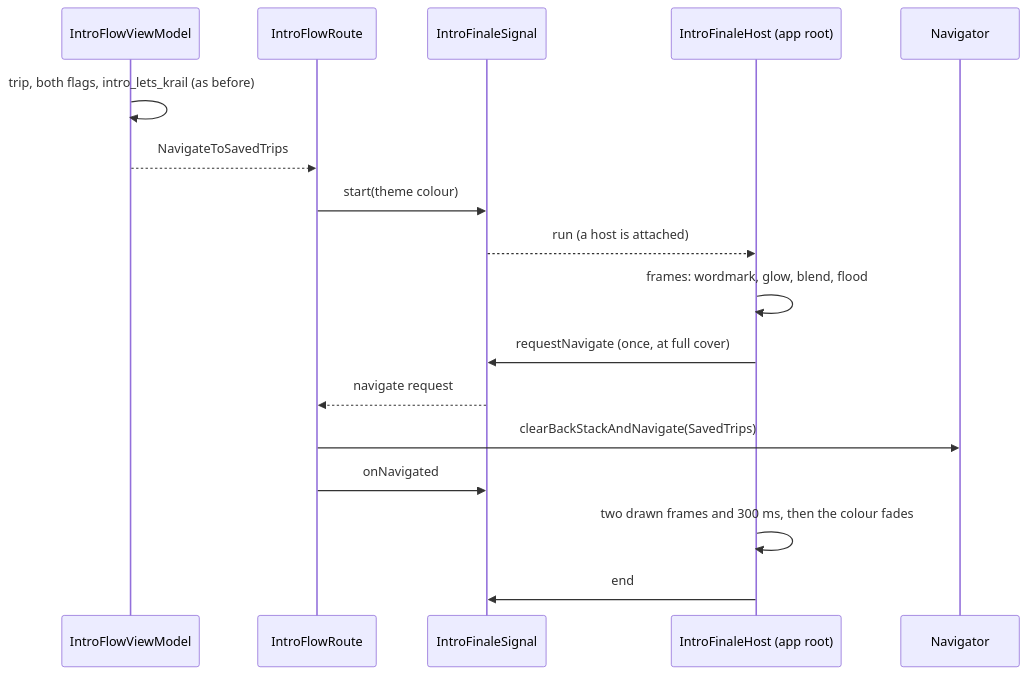
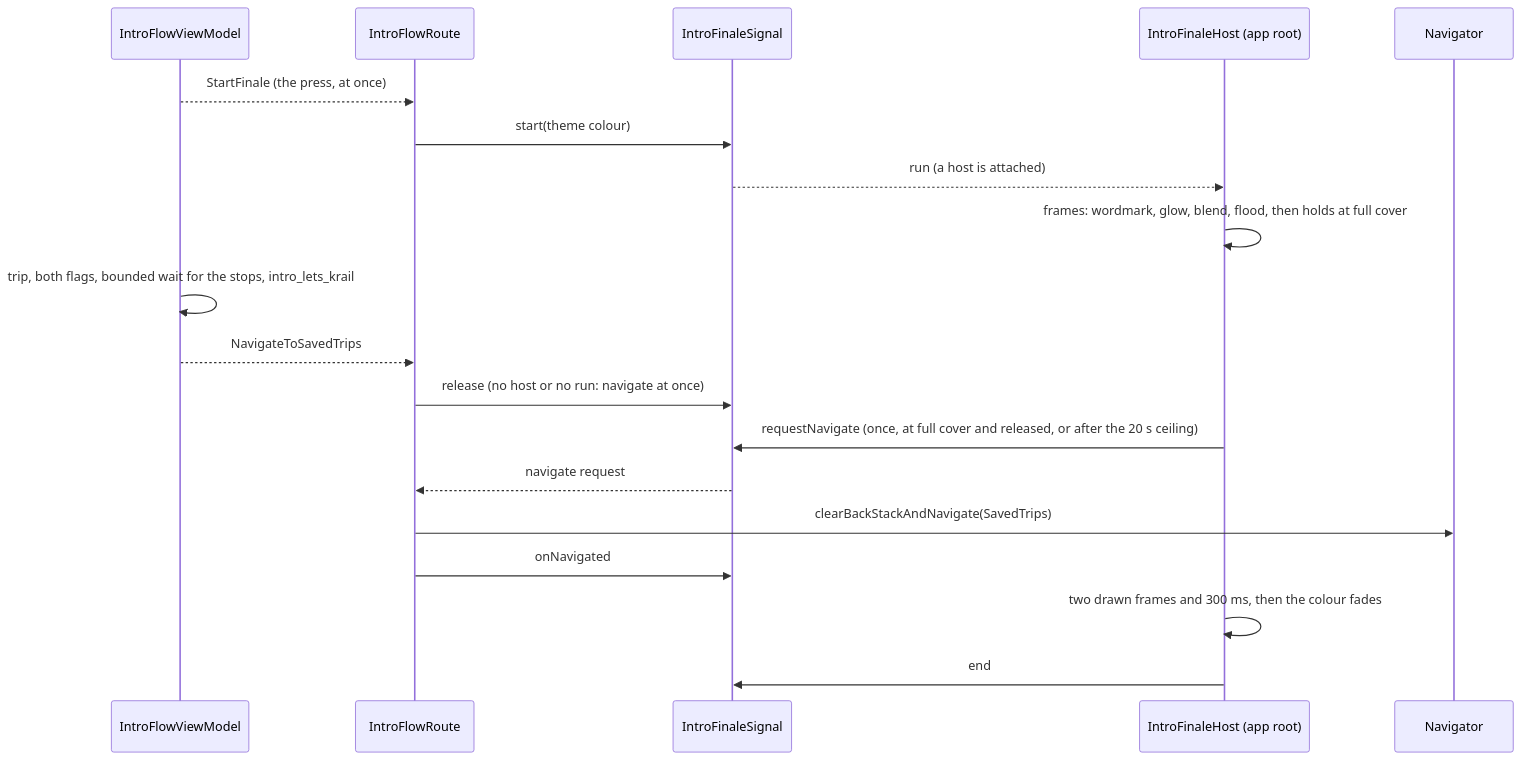
One commit to ksharma-xyz/KRAIL changed the fourth of 4 diagrams in docs/features/intro/ERD.md. Above: the diagram before and after it, drawn with Mermaid. The commit also changed other lines of this file, not shown here.

First line of the commit message:
Record the Intro liveness, tap safety, finish and copy rules

````diff
--- a/docs/features/intro/ERD.md
+++ b/docs/features/intro/ERD.md
@@ -1156,19 +1161,21 @@
 ```mermaid
 sequenceDiagram
     participant VM as IntroFlowViewModel
     participant R as IntroFlowRoute
     participant S as IntroFinaleSignal
     participant H as IntroFinaleHost (app root)
     participant N as Navigator
-    VM->>VM: trip, both flags, intro_lets_krail (as before)
-    VM-->>R: NavigateToSavedTrips
+    VM-->>R: StartFinale (the press, at once)
     R->>S: start(theme colour)
     S-->>H: run (a host is attached)
-    H->>H: frames: wordmark, glow, blend, flood
-    H->>S: requestNavigate (once, at full cover)
+    H->>H: frames: wordmark, glow, blend, flood, then holds at full cover
+    VM->>VM: trip, both flags, bounded wait for the stops, intro_lets_krail
+    VM-->>R: NavigateToSavedTrips
+    R->>S: release (no host or no run: navigate at once)
+    H->>S: requestNavigate (once, at full cover and released, or after the 20 s ceiling)
     S-->>R: navigate request
     R->>N: clearBackStackAndNavigate(SavedTrips)
     R->>S: onNavigated
     H->>H: two drawn frames and 300 ms, then the colour fades
     H->>S: end
 ```
````
